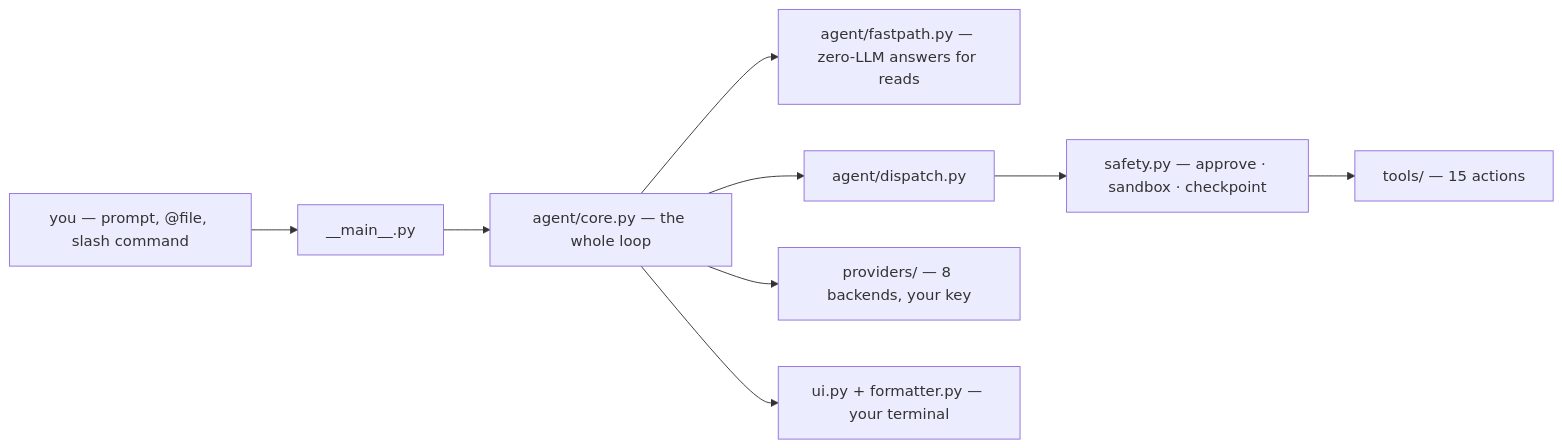
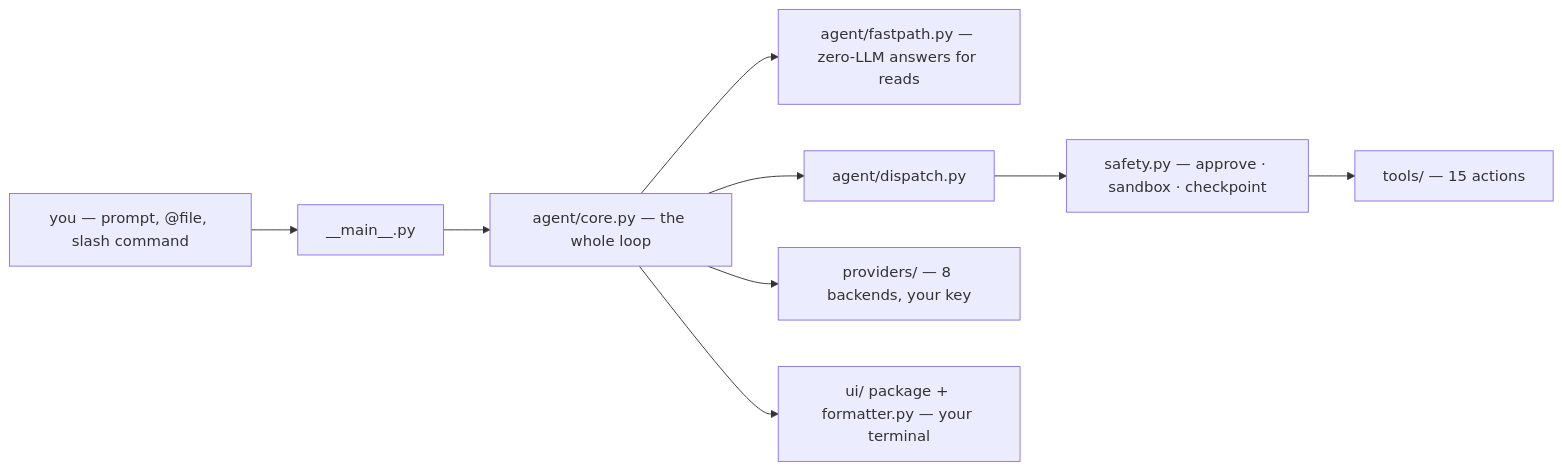
One commit to binaryCoder-101/hazzel changed the diagram in README.md. Above: the diagram before and after it, drawn with Mermaid. The commit also changed other lines of this file, not shown here.

````diff
--- a/README.md
+++ b/README.md
@@ -70,11 +70,11 @@
 ```mermaid
 flowchart LR
     you["you — prompt, @file, slash command"] --> repl["__main__.py"]
     repl --> loop["agent/core.py — the whole loop"]
     loop --> fast["agent/fastpath.py — zero-LLM answers for reads"]
     loop --> dispatch["agent/dispatch.py"]
     dispatch --> gate["safety.py — approve · sandbox · checkpoint"]
     gate --> tools["tools/ — 15 actions"]
     loop --> llm["providers/ — 8 backends, your key"]
-    loop --> term["ui.py + formatter.py — your terminal"]
+    loop --> term["ui/ package + formatter.py — your terminal"]
 ```
````
